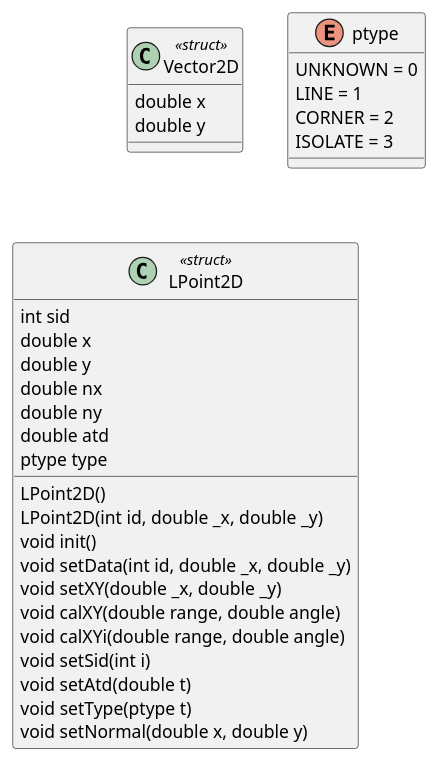
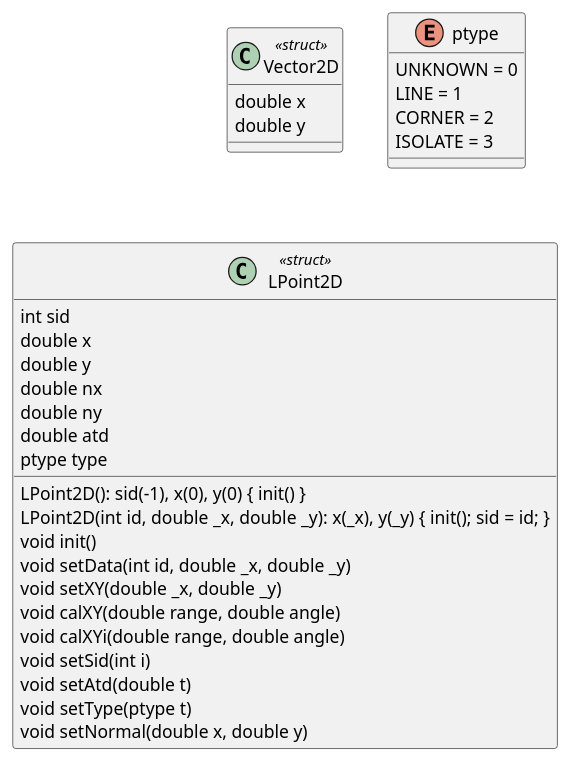
Before and after one commit to ShisatoYano/SLAMDesignUML: the diagram in PlantUML/LPoint2D/LPoint2D_Class.puml, drawn with PlantUML. The commit also changed 10 other files, not shown here.

Commit message:
add activity diagrams.

```diff
--- a/PlantUML/LPoint2D/LPoint2D_Class.puml
+++ b/PlantUML/LPoint2D/LPoint2D_Class.puml
@@ -1,39 +1,39 @@
 @startuml
 
 skinparam classAttributeIconSize 0
 
 class Vector2D <<struct>>{
     double x
     double y
 }
 
 enum ptype{
     UNKNOWN = 0
     LINE = 1
     CORNER = 2
     ISOLATE = 3
 }
 
 class LPoint2D <<struct>>{
-    int sid
-    double x
-    double y
-    double nx
-    double ny
-    double atd
-    ptype type
+    int sid /'scan index'/
+    double x /'position x'/
+    double y /'position y'/
+    double nx /'normal vector'/
+    double ny /'normal vector'/
+    double atd /'accumulated travel distance'/
+    ptype type /'type of point'/
 
-    LPoint2D()
-    LPoint2D(int id, double _x, double _y)
+    LPoint2D(): sid(-1), x(0), y(0) { init() }
+    LPoint2D(int id, double _x, double _y): x(_x), y(_y) { init(); sid = id; }
     void init()
     void setData(int id, double _x, double _y)
     void setXY(double _x, double _y)
     void calXY(double range, double angle)
     void calXYi(double range, double angle)
     void setSid(int i)
     void setAtd(double t)
     void setType(ptype t)
     void setNormal(double x, double y)
 }
 
 @enduml
```
